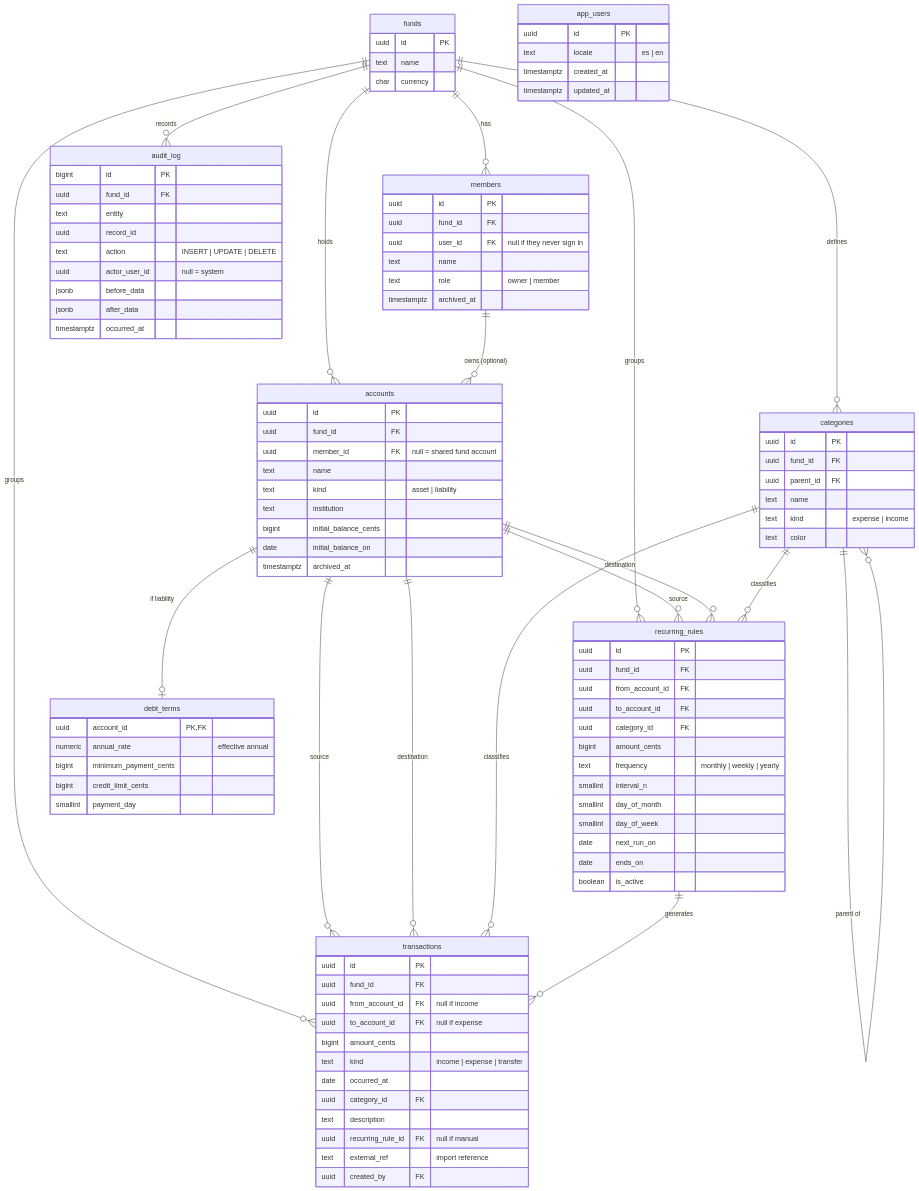
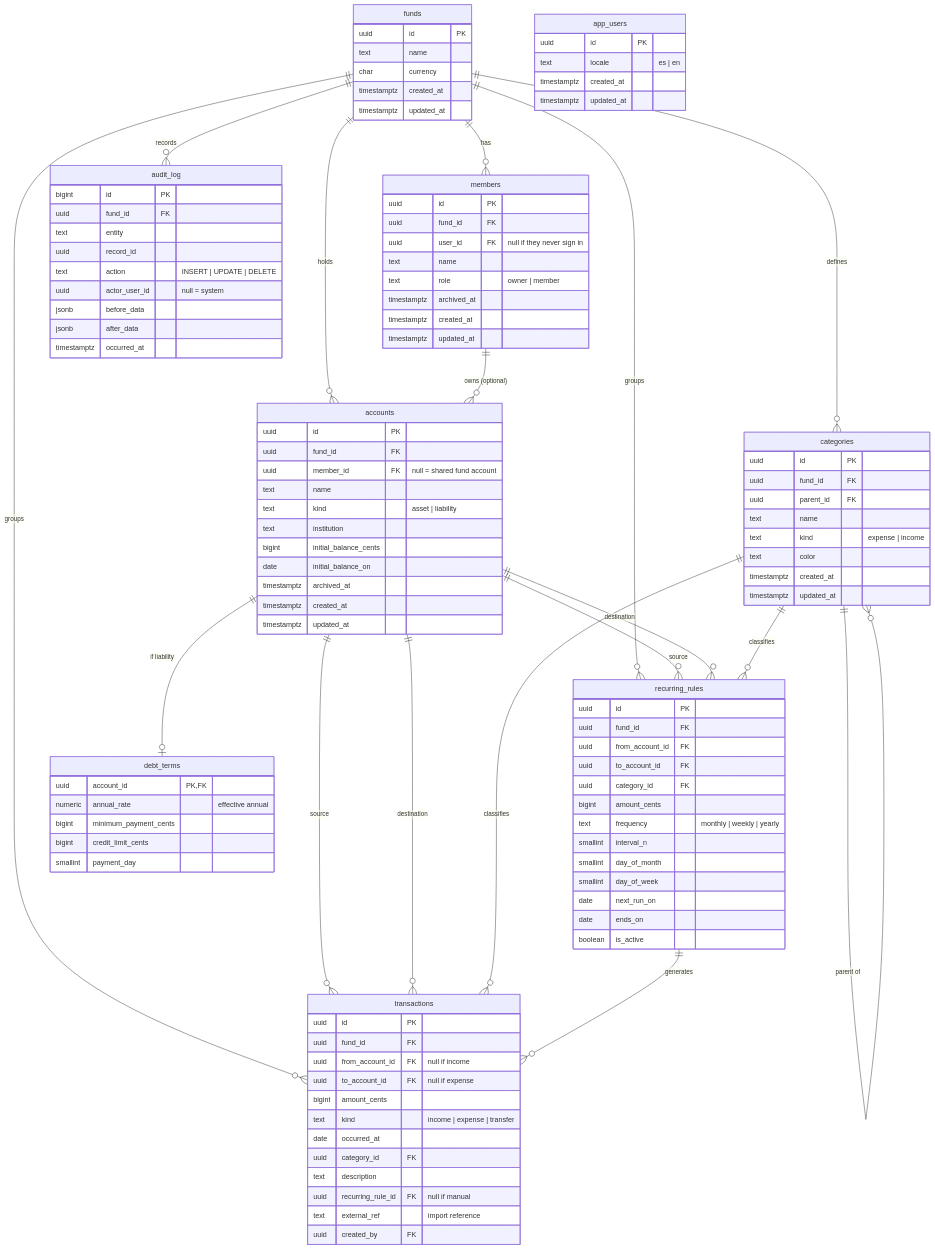
The diagram in docs/SPEC.md (WAB-Studio/finances-app), drawn with Mermaid before and after one commit.

Commit message:
Add created_at and updated_at to §2's fund tables

```diff
--- a/docs/SPEC.md
+++ b/docs/SPEC.md
@@ -190,6 +190,8 @@
         uuid id PK
         text name
         char currency
+        timestamptz created_at
+        timestamptz updated_at
     }
 
     members {
@@ -199,6 +201,8 @@
         text name
         text role "owner | member"
         timestamptz archived_at
+        timestamptz created_at
+        timestamptz updated_at
     }
 
     accounts {
@@ -211,6 +215,8 @@
         bigint initial_balance_cents
         date initial_balance_on
         timestamptz archived_at
+        timestamptz created_at
+        timestamptz updated_at
     }
 
     debt_terms {
@@ -228,6 +234,8 @@
         text name
         text kind "expense | income"
         text color
+        timestamptz created_at
+        timestamptz updated_at
     }
 
     transactions {
```
